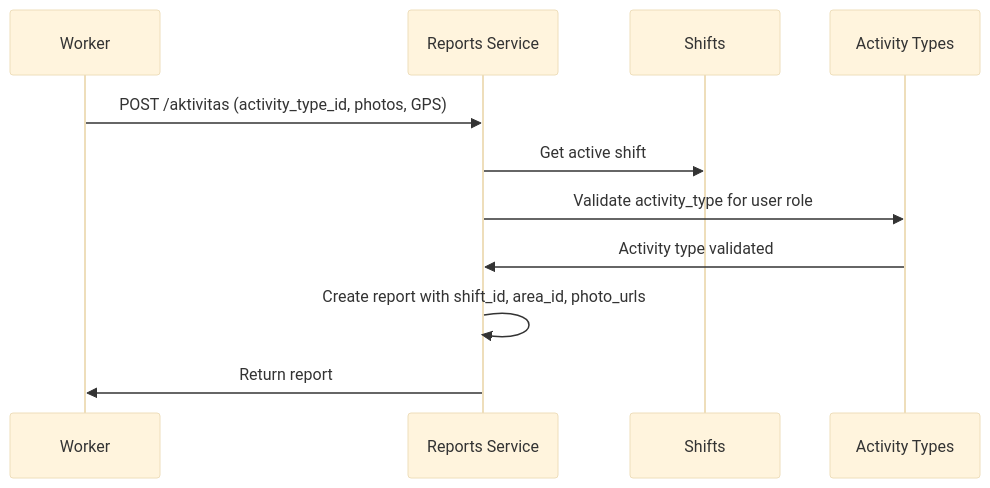
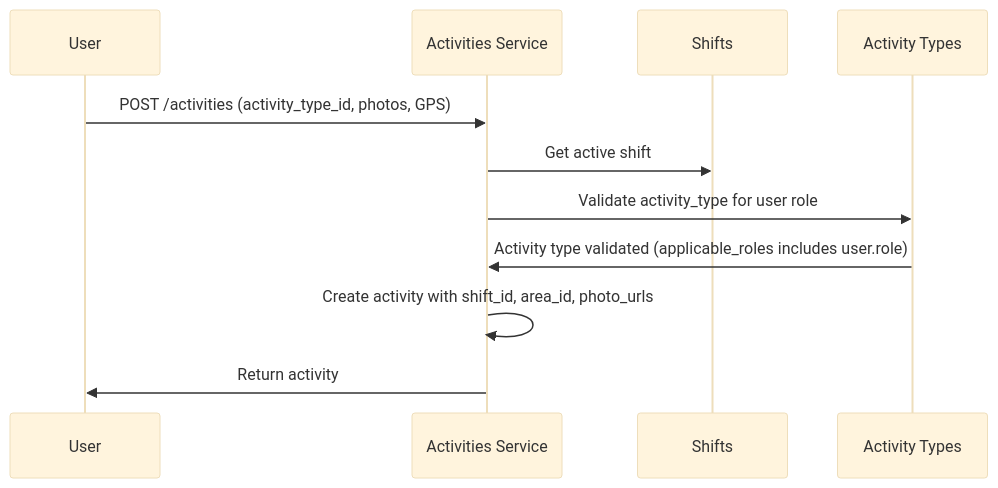
The eighth of 9 diagrams in specs/database/erd.md (dlhsby/sekar), drawn with Mermaid (base theme) before and after one commit. The commit also changed other lines of this file and 417 other files, not shown here.

````diff
--- a/specs/database/erd.md
+++ b/specs/database/erd.md
@@ -557,14 +545,14 @@
 ```mermaid
 sequenceDiagram
-    participant W as Worker
-    participant R as Reports Service
+    participant U as User
+    participant A as Activities Service
     participant S as Shifts
     participant AT as Activity Types
 
-    W->>R: POST /aktivitas (activity_type_id, photos, GPS)
-    R->>S: Get active shift
-    R->>AT: Validate activity_type for user role
-    AT->>R: Activity type validated
-    R->>R: Create report with shift_id, area_id, photo_urls
-    R->>W: Return report
+    U->>A: POST /activities (activity_type_id, photos, GPS)
+    A->>S: Get active shift
+    A->>AT: Validate activity_type for user role
+    AT->>A: Activity type validated (applicable_roles includes user.role)
+    A->>A: Create activity with shift_id, area_id, photo_urls
+    A->>U: Return activity
 ```
````
